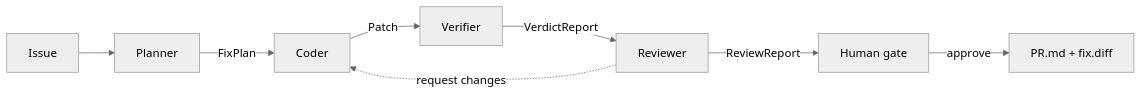
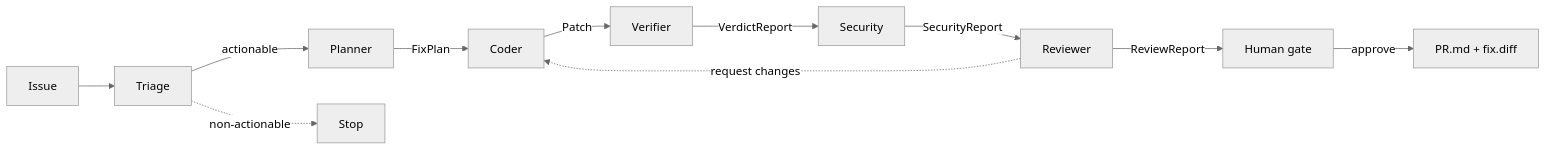
Before and after one commit to trustband/trustband: the diagram in README.md, drawn with Mermaid (neutral theme). The commit also changed other lines of this file and 11 other files, not shown here.

````diff
--- a/README.md
+++ b/README.md
@@ -21,10 +21,13 @@
 ```mermaid
 flowchart LR
-    I[Issue] --> P[Planner]
+    I[Issue] --> T[Triage]
+    T -->|actionable| P[Planner]
+    T -. non-actionable .-> X[Stop]
     P -->|FixPlan| C[Coder]
     C -->|Patch| V[Verifier]
-    V -->|VerdictReport| R[Reviewer]
+    V -->|VerdictReport| S[Security]
+    S -->|SecurityReport| R[Reviewer]
     R -->|ReviewReport| H[Human gate]
     R -. request changes .-> C
     H -->|approve| PR[PR.md + fix.diff]
 ```
````
